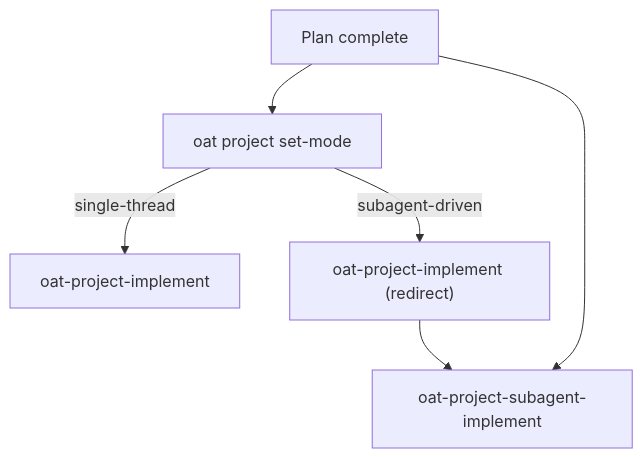
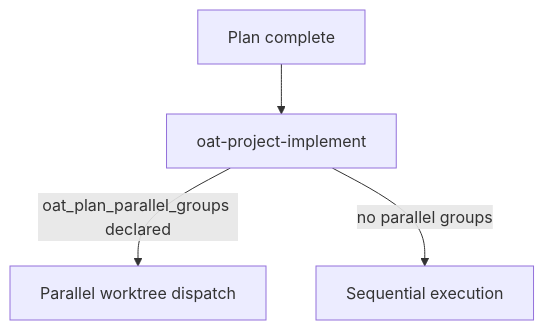
The diagram in .agents/README.md (tkstang/open-agent-toolkit), drawn with Mermaid before and after one commit. The commit also changed other lines of this file and 90 other files, not shown here.

Commit message:
feat(oat): evolve oat-project-implement to phase-subagent model (#58)

````diff
--- a/.agents/README.md
+++ b/.agents/README.md
@@ -52,8 +48,6 @@
 ```mermaid
 flowchart TD
-  P["Plan complete"] --> M["oat project set-mode <mode>"]
-  M -->|single-thread| SI["oat-project-implement"]
-  M -->|subagent-driven| DI["oat-project-implement (redirect)"]
-  DI --> PSI["oat-project-subagent-implement"]
-  P --> PSI
+  P["Plan complete"] --> I["oat-project-implement"]
+  I -->|oat_plan_parallel_groups declared| PAR["Parallel worktree dispatch"]
+  I -->|no parallel groups| SEQ["Sequential execution"]
 ```
````
